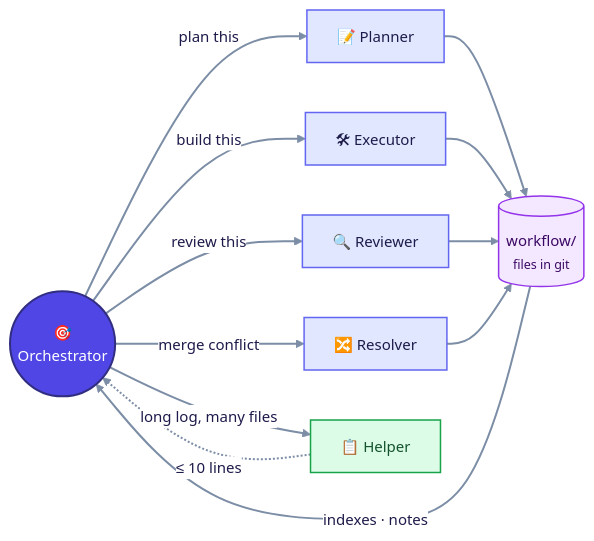
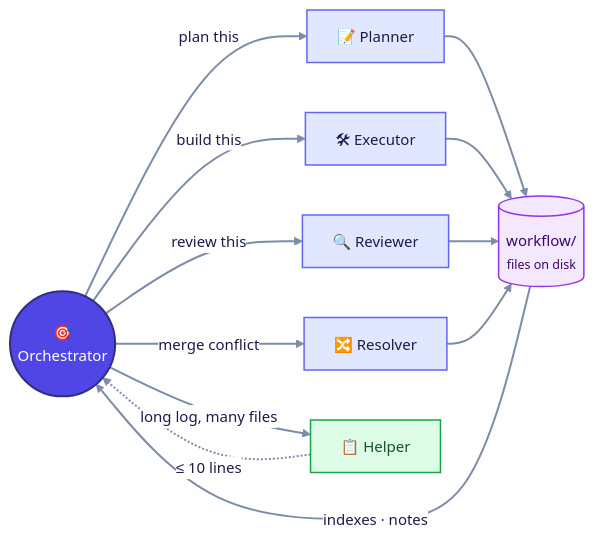
Before and after one commit to llunde/lelstack: the second of 6 diagrams in autonomous-build-workflow/README.md, drawn with Mermaid. The commit also changed other lines of this file, not shown here.

Commit message:
docs(workflow): explain the two-repo git layout in the guide

````diff
--- a/autonomous-build-workflow/README.md
+++ b/autonomous-build-workflow/README.md
@@ -131,33 +131,33 @@
 ```mermaid
 %%{init: {"theme": "base", "themeVariables": {"fontFamily": "-apple-system, Segoe UI, Helvetica, Arial, sans-serif", "fontSize": "15px", "primaryColor": "#EEF2FF", "primaryBorderColor": "#6366F1", "primaryTextColor": "#1E1B4B", "lineColor": "#7C8DA6", "clusterBkg": "#F8FAFC", "clusterBorder": "#CBD5E1", "edgeLabelBackground": "#FFFFFF", "tertiaryColor": "#F8FAFC"}}}%%
 flowchart LR
     O(("🎯<br/>Orchestrator"))
     PL["📝 Planner"]
     EX["🛠 Executor"]
     RV["🔍 Reviewer"]
     RS["🔀 Resolver"]
     HP["📋 Helper"]
-    FS[("workflow/<br/><small>files in git</small>")]
+    FS[("workflow/<br/><small>files on disk</small>")]
     O -->|plan this| PL
     O -->|build this| EX
     O -->|review this| RV
     O -->|merge conflict| RS
     O -->|long log, many files| HP
     PL & EX & RV & RS --> FS
     HP -.->|≤ 10 lines| O
     FS ==>|indexes · notes| O
 
     classDef default fill:#EEF2FF,stroke:#6366F1,stroke-width:1.5px,color:#1E1B4B
     classDef human fill:#FEF3C7,stroke:#D97706,stroke-width:2px,color:#78350F
     classDef agent fill:#E0E7FF,stroke:#6366F1,stroke-width:1.5px,color:#1E1B4B
     classDef check fill:#DCFCE7,stroke:#16A34A,stroke-width:1.5px,color:#14532D
     classDef git fill:#F3E8FF,stroke:#9333EA,stroke-width:1.5px,color:#3B0764
     classDef stop fill:#FEE2E2,stroke:#DC2626,stroke-width:1.5px,color:#7F1D1D
     classDef done fill:#D1FAE5,stroke:#059669,stroke-width:2px,color:#064E3B
     classDef lead fill:#4F46E5,stroke:#312E81,stroke-width:2px,color:#FFFFFF
     linkStyle default stroke-width:2px
     class PL,EX,RV,RS agent
     class HP check
     class FS git
     class O lead
 ```
````
